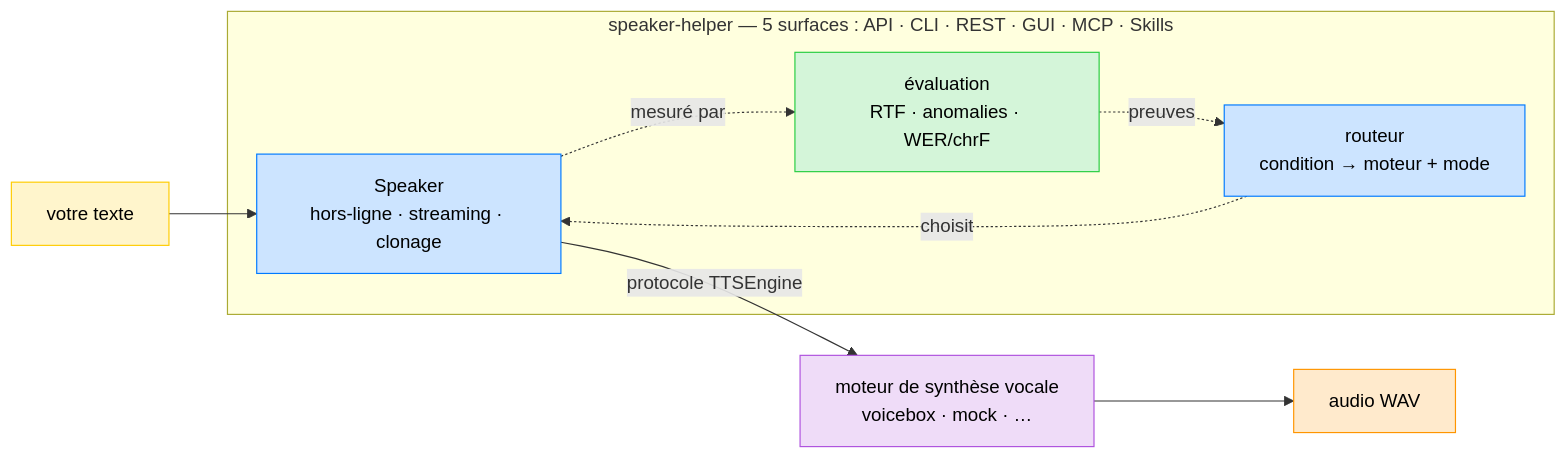
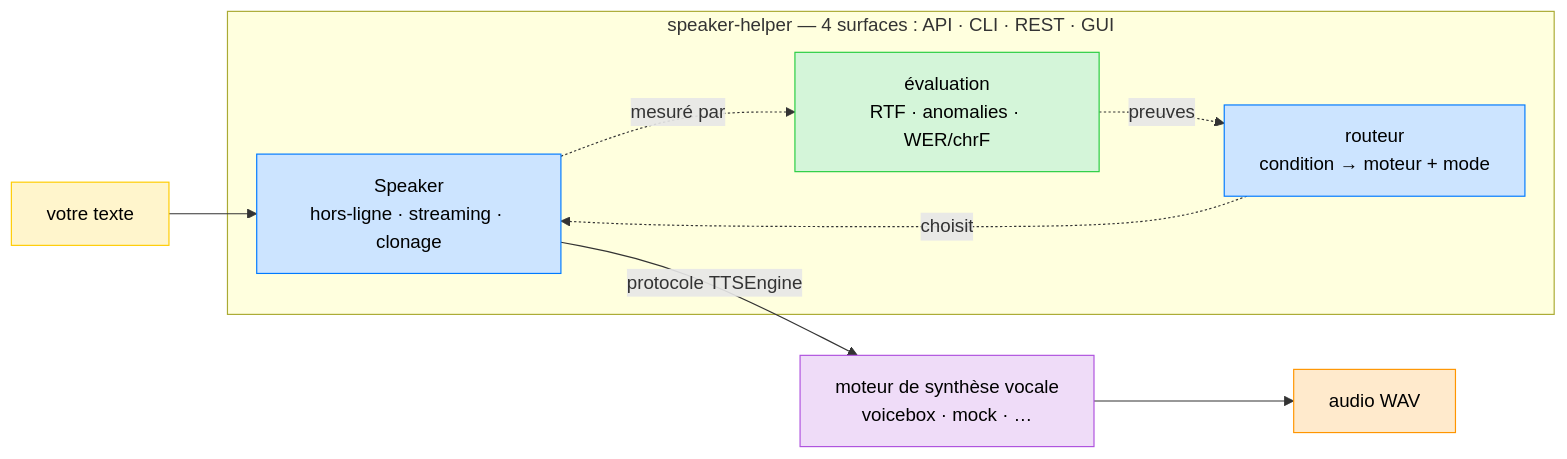
Before and after one commit to warith-harchaoui/speaker-helper: the diagram in LISEZMOI.md, drawn with Mermaid. The commit also changed other lines of this file and 17 other files, not shown here.

````diff
--- a/LISEZMOI.md
+++ b/LISEZMOI.md
@@ -70,24 +70,24 @@
 ```mermaid
 flowchart LR
     text["votre texte"]:::input
-    subgraph SH["speaker-helper — 5 surfaces : API · CLI · REST · GUI · MCP · Skills"]
+    subgraph SH["speaker-helper — 4 surfaces : API · CLI · REST · GUI"]
         speaker["Speaker<br/>hors-ligne · streaming · clonage"]:::core
         router["routeur<br/>condition → moteur + mode"]:::core
         eval["évaluation<br/>RTF · anomalies · WER/chrF"]:::eval
     end
     engine["moteur de synthèse vocale<br/>voicebox · mock · …"]:::engine
     audio["audio WAV"]:::output
 
     text --> speaker
     router -.->|choisit| speaker
     speaker -- "protocole TTSEngine" --> engine
     engine --> audio
     speaker -.->|mesuré par| eval
     eval -.->|preuves| router
 
     classDef input fill:#FFF5CC,stroke:#FFCC00,color:#000000
     classDef core fill:#CCE4FF,stroke:#007AFF,color:#000000
     classDef eval fill:#D4F5D9,stroke:#28CD41,color:#000000
     classDef engine fill:#EFDCF8,stroke:#AF52DE,color:#000000
     classDef output fill:#FFEACC,stroke:#FF9500,color:#000000
 ```
````
